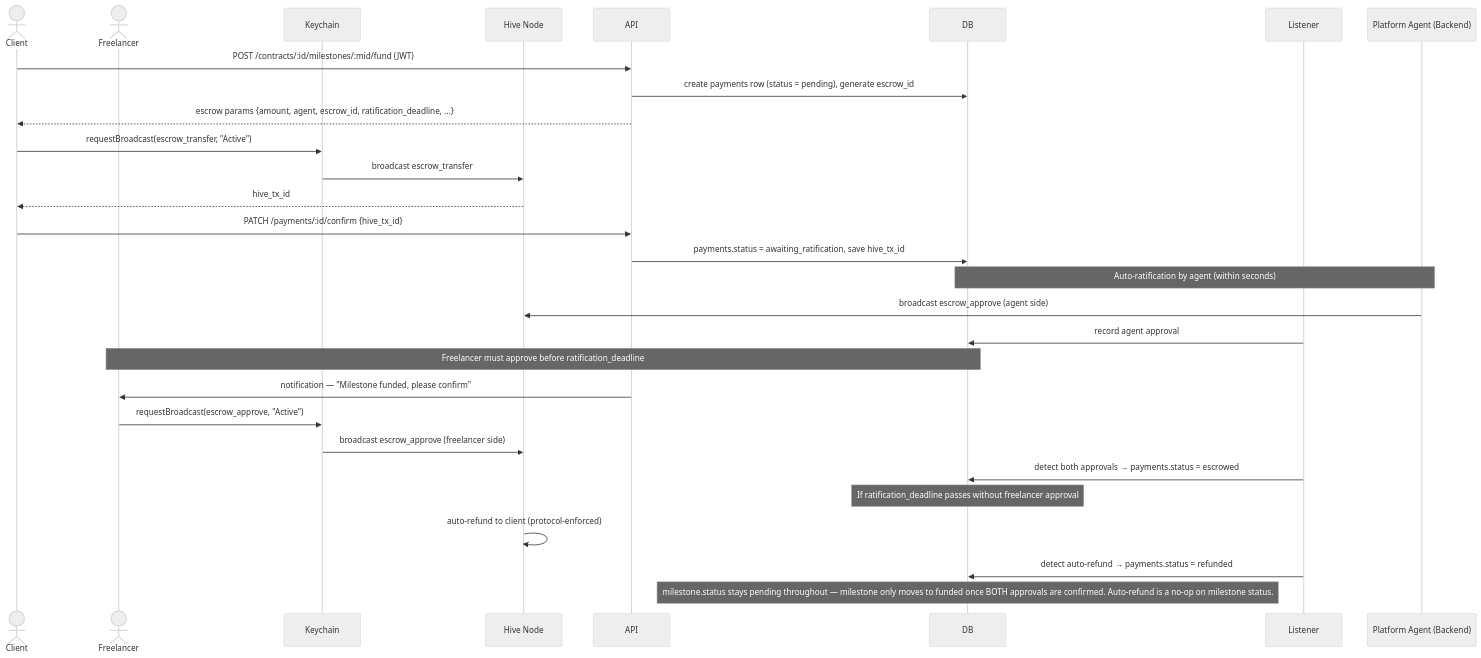
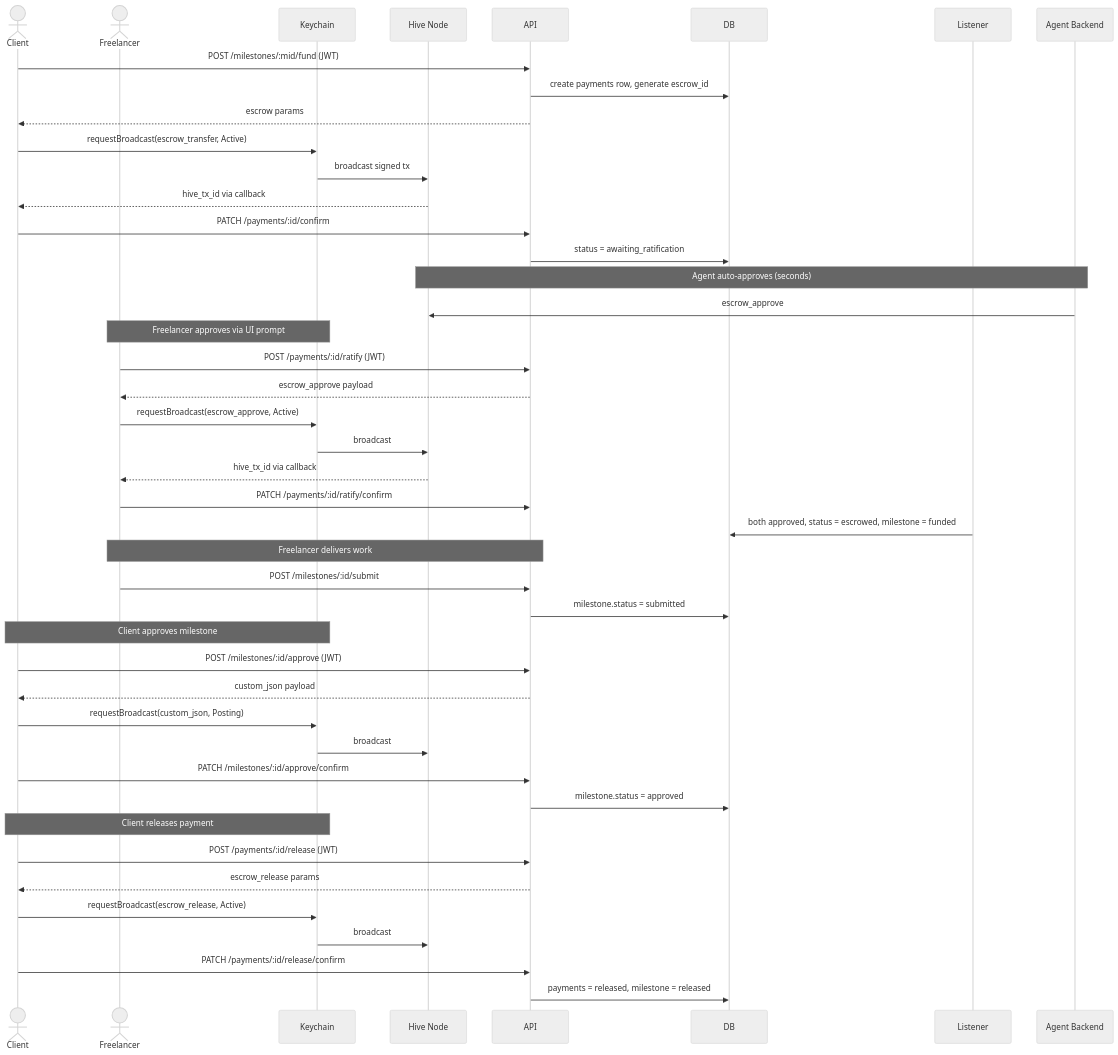
Before and after one commit to hdev-core/hive-freelance: the first of 2 diagrams in Docs/[03] System_Architecture_Data_Model/[05] Escrow_Integration.md, drawn with Mermaid. The commit also changed other lines of this file, not shown here.

First line of the commit message:
Update [05] Escrow_Integration.md

````diff
--- a/Docs/[03] System_Architecture_Data_Model/[05] Escrow_Integration.md
+++ b/Docs/[03] System_Architecture_Data_Model/[05] Escrow_Integration.md
@@ -100,38 +72,54 @@
 ```mermaid
 %%{init: {'theme': 'neutral'}}%%
 sequenceDiagram
     actor Client
     actor Freelancer
     participant Keychain
     participant HiveNode as Hive Node
     participant API
     participant DB
     participant Listener
-    participant Agent as Platform Agent (Backend)
+    participant Agent as Agent Backend
 
-    Client->>API: POST /contracts/:id/milestones/:mid/fund (JWT)
-    API->>DB: create payments row (status = pending), generate escrow_id
-    API-->>Client: escrow params {amount, agent, escrow_id, ratification_deadline, ...}
+    Client->>API: POST /milestones/:mid/fund (JWT)
+    API->>DB: create payments row, generate escrow_id
+    API-->>Client: escrow params
 
-    Client->>Keychain: requestBroadcast(escrow_transfer, "Active")
-    Keychain->>HiveNode: broadcast escrow_transfer
-    HiveNode-->>Client: hive_tx_id
+    Client->>Keychain: requestBroadcast(escrow_transfer, Active)
+    Keychain->>HiveNode: broadcast signed tx
+    HiveNode-->>Client: hive_tx_id via callback
+    Client->>API: PATCH /payments/:id/confirm
+    API->>DB: status = awaiting_ratification
 
-    Client->>API: PATCH /payments/:id/confirm {hive_tx_id}
-    API->>DB: payments.status = awaiting_ratification, save hive_tx_id
+    Note over Agent,HiveNode: Agent auto-approves (seconds)
+    Agent->>HiveNode: escrow_approve
 
-    Note over Agent,DB: Auto-ratification by agent (within seconds)
-    Agent->>HiveNode: broadcast escrow_approve (agent side)
-    Listener->>DB: record agent approval
+    Note over Freelancer,Keychain: Freelancer approves via UI prompt
+    Freelancer->>API: POST /payments/:id/ratify (JWT)
+    API-->>Freelancer: escrow_approve payload
+    Freelancer->>Keychain: requestBroadcast(escrow_approve, Active)
+    Keychain->>HiveNode: broadcast
+    HiveNode-->>Freelancer: hive_tx_id via callback
+    Freelancer->>API: PATCH /payments/:id/ratify/confirm
+    Listener->>DB: both approved, status = escrowed, milestone = funded
 
-    Note over Freelancer,DB: Freelancer must approve before ratification_deadline
-    API->>Freelancer: notification — "Milestone funded, please confirm"
-    Freelancer->>Keychain: requestBroadcast(escrow_approve, "Active")
-    Keychain->>HiveNode: broadcast escrow_approve (freelancer side)
-    Listener->>DB: detect both approvals → payments.status = escrowed
+    Note over Freelancer,API: Freelancer delivers work
+    Freelancer->>API: POST /milestones/:id/submit
+    API->>DB: milestone.status = submitted
 
-    Note over DB: If ratification_deadline passes without freelancer approval
-    HiveNode->>HiveNode: auto-refund to client (protocol-enforced)
-    Listener->>DB: detect auto-refund → payments.status = refunded
-    Note over DB: milestone.status stays pending throughout — milestone only moves to funded once BOTH approvals are confirmed. Auto-refund is a no-op on milestone status.
+    Note over Client,Keychain: Client approves milestone
+    Client->>API: POST /milestones/:id/approve (JWT)
+    API-->>Client: custom_json payload
+    Client->>Keychain: requestBroadcast(custom_json, Posting)
+    Keychain->>HiveNode: broadcast
+    Client->>API: PATCH /milestones/:id/approve/confirm
+    API->>DB: milestone.status = approved
+
+    Note over Client,Keychain: Client releases payment
+    Client->>API: POST /payments/:id/release (JWT)
+    API-->>Client: escrow_release params
+    Client->>Keychain: requestBroadcast(escrow_release, Active)
+    Keychain->>HiveNode: broadcast
+    Client->>API: PATCH /payments/:id/release/confirm
+    API->>DB: payments = released, milestone = released
 ```
````
